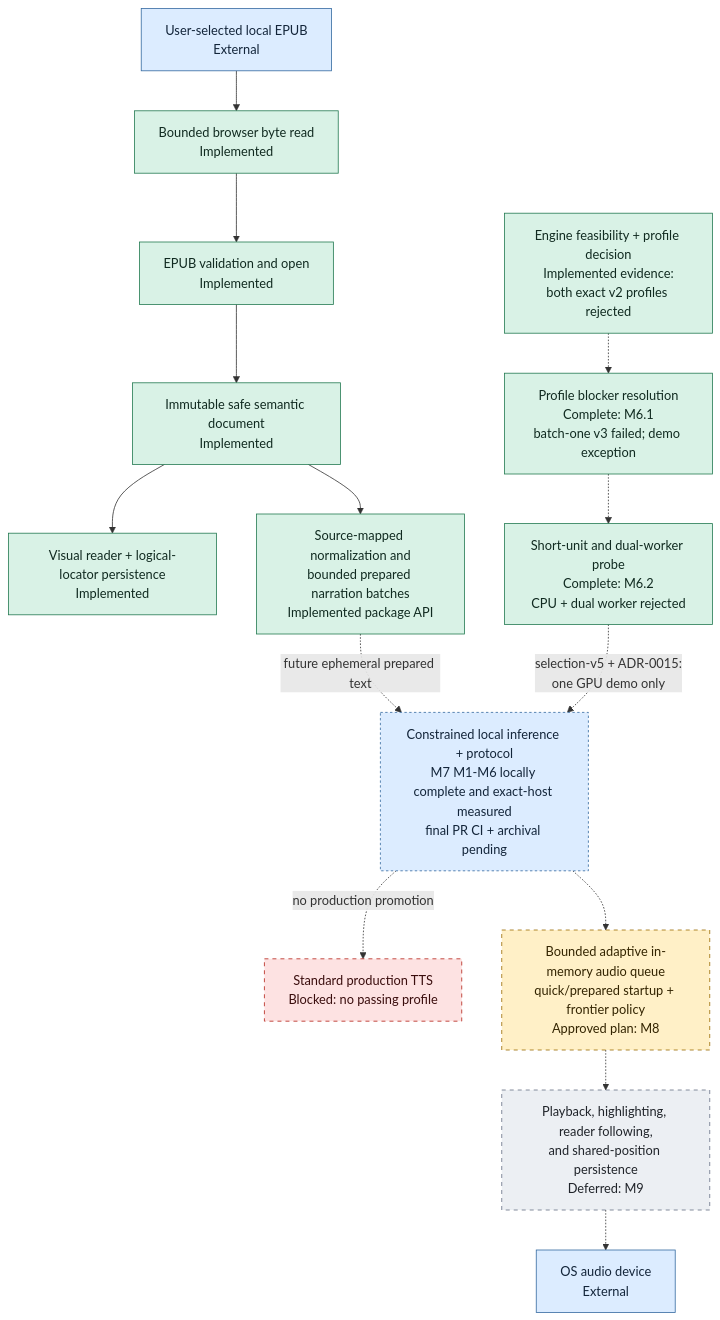
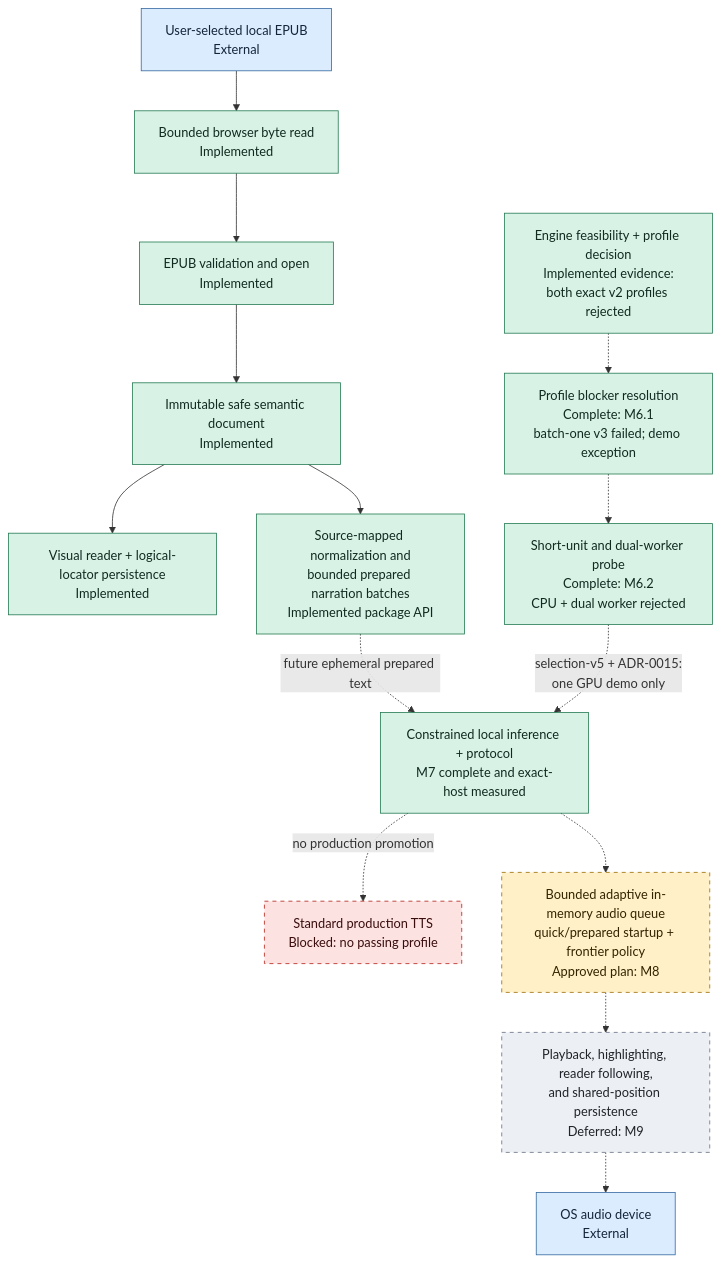
Before and after one commit to mmjosedaniel/voxleaf: the second of 2 diagrams in docs/architecture/system-diagram.md, drawn with Mermaid. The commit also changed other lines of this file and 14 other files, not shown here.

````diff
--- a/docs/architecture/system-diagram.md
+++ b/docs/architecture/system-diagram.md
@@ -124,35 +124,35 @@
 ```mermaid
 flowchart TD
     classDef implemented fill:#d9f2e6,stroke:#247a52,color:#102a20
     classDef progress fill:#dcecff,stroke:#356aa0,color:#13253a,stroke-dasharray: 3 3
     classDef planned fill:#fff0c7,stroke:#9a6b00,color:#332400,stroke-dasharray: 5 5
     classDef blocked fill:#fde2e2,stroke:#b42318,color:#3a0d0d,stroke-dasharray: 5 5
     classDef deferred fill:#eceff3,stroke:#667085,color:#20242a,stroke-dasharray: 5 5
     classDef external fill:#dcecff,stroke:#356aa0,color:#13253a
 
     FILE["User-selected local EPUB<br/>External"]:::external
     READ["Bounded browser byte read<br/>Implemented"]:::implemented
     OPEN["EPUB validation and open<br/>Implemented"]:::implemented
     SAFE["Immutable safe semantic document<br/>Implemented"]:::implemented
     VISUAL["Visual reader + logical-locator persistence<br/>Implemented"]:::implemented
     PREP["Source-mapped normalization and<br/>bounded prepared narration batches<br/>Implemented package API"]:::implemented
     PROFILE["Engine feasibility + profile decision<br/>Implemented evidence:<br/>both exact v2 profiles rejected"]:::implemented
     NEXT_PROFILE["Profile blocker resolution<br/>Complete: M6.1<br/>batch-one v3 failed; demo exception"]:::implemented
     BATCH_PROBE["Short-unit and dual-worker probe<br/>Complete: M6.2<br/>CPU + dual worker rejected"]:::implemented
-    INFER["Constrained local inference + protocol<br/>M7 M1-M6 locally complete and exact-host measured<br/>final PR CI + archival pending"]:::progress
+    INFER["Constrained local inference + protocol<br/>M7 complete and exact-host measured"]:::implemented
     PROD["Standard production TTS<br/>Blocked: no passing profile"]:::blocked
     BUFFER["Bounded adaptive in-memory audio queue<br/>quick/prepared startup + frontier policy<br/>Approved plan: M8"]:::planned
     FOLLOW["Playback, highlighting, reader following,<br/>and shared-position persistence<br/>Deferred: M9"]:::deferred
     DEVICE["OS audio device<br/>External"]:::external
 
     FILE --> READ --> OPEN --> SAFE --> VISUAL
     SAFE --> PREP
     PREP -.->|"future ephemeral prepared text"| INFER
     PROFILE -.-> NEXT_PROFILE
     NEXT_PROFILE -.-> BATCH_PROBE
     BATCH_PROBE -.->|"selection-v5 + ADR-0015:<br/>one GPU demo only"| INFER
     INFER -.->|"no production promotion"| PROD
     INFER -.-> BUFFER
     BUFFER -.-> FOLLOW
     FOLLOW -.-> DEVICE
 ```
````
